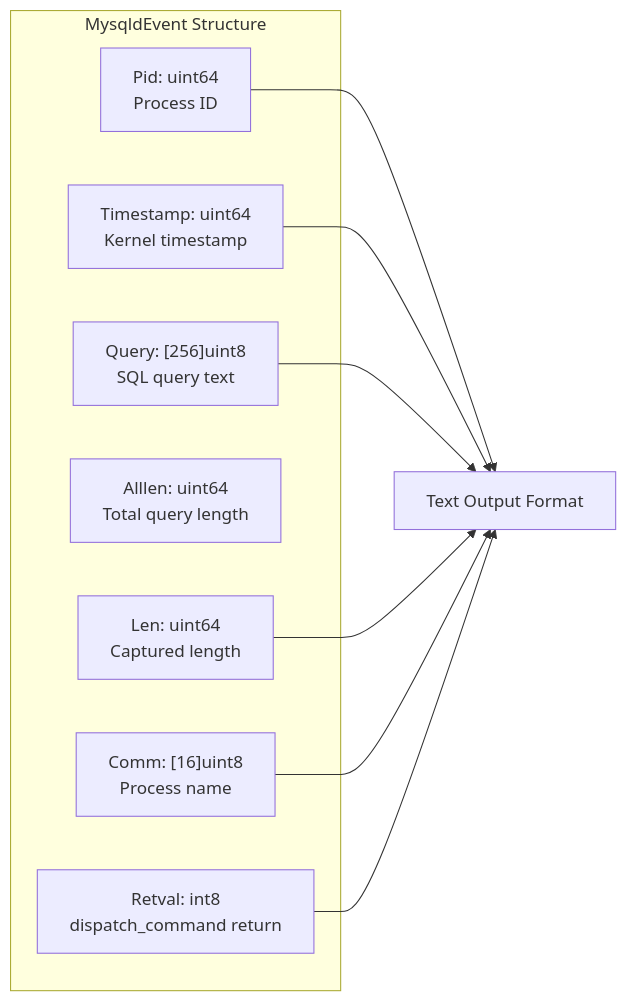
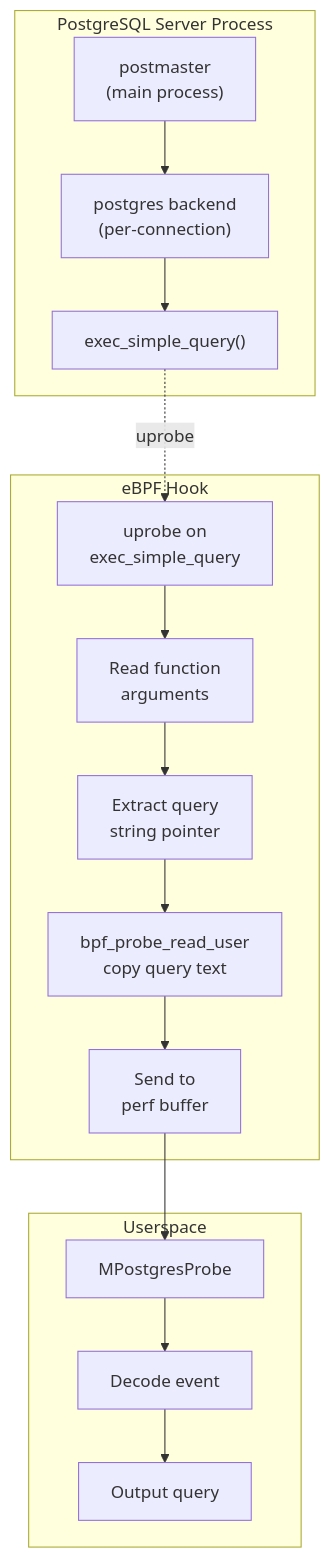
One commit to gojue/ecapture.cc changed the third of 4 diagrams in src/en/3-capture-modules/3.2.2-database-query-auditing.md. Above: the diagram before and after it, drawn with Mermaid. The commit also changed other lines of this file and 115 other files, not shown here.

````diff
--- a/src/en/3-capture-modules/3.2.2-database-query-auditing.md
+++ b/src/en/3-capture-modules/3.2.2-database-query-auditing.md
@@ -111,19 +264,33 @@
 ```mermaid
-graph LR
-    subgraph "MysqldEvent Structure"
-        PID["Pid: uint64<br/>Process ID"]
-        TS["Timestamp: uint64<br/>Kernel timestamp"]
-        Query["Query: [256]uint8<br/>SQL query text"]
-        Alllen["Alllen: uint64<br/>Total query length"]
-        Len["Len: uint64<br/>Captured length"]
-        Comm["Comm: [16]uint8<br/>Process name"]
-        Retval["Retval: int8<br/>dispatch_command return"]
+graph TB
+    subgraph "PostgreSQL Server Process"
+        POSTMASTER["postmaster<br/>(main process)"]
+        BACKEND["postgres backend<br/>(per-connection)"]
+        EXEC["exec_simple_query()"]
     end
     
-    PID --> Output["Text Output Format"]
-    TS --> Output
-    Query --> Output
-    Len --> Output
-    Comm --> Output
-    Retval --> Output
+    subgraph "eBPF Hook"
+        UPROBE["uprobe on<br/>exec_simple_query"]
+        READ_ARGS["Read function<br/>arguments"]
+        EXTRACT["Extract query<br/>string pointer"]
+        PROBE_READ["bpf_probe_read_user<br/>copy query text"]
+        SEND_EVENT["Send to<br/>perf buffer"]
+    end
+    
+    subgraph "Userspace"
+        MODULE["MPostgresProbe"]
+        DECODE["Decode event"]
+        OUTPUT["Output query"]
+    end
+    
+    POSTMASTER --> BACKEND
+    BACKEND --> EXEC
+    EXEC -.uprobe.-> UPROBE
+    UPROBE --> READ_ARGS
+    READ_ARGS --> EXTRACT
+    EXTRACT --> PROBE_READ
+    PROBE_READ --> SEND_EVENT
+    SEND_EVENT --> MODULE
+    MODULE --> DECODE
+    DECODE --> OUTPUT
 ```
````
